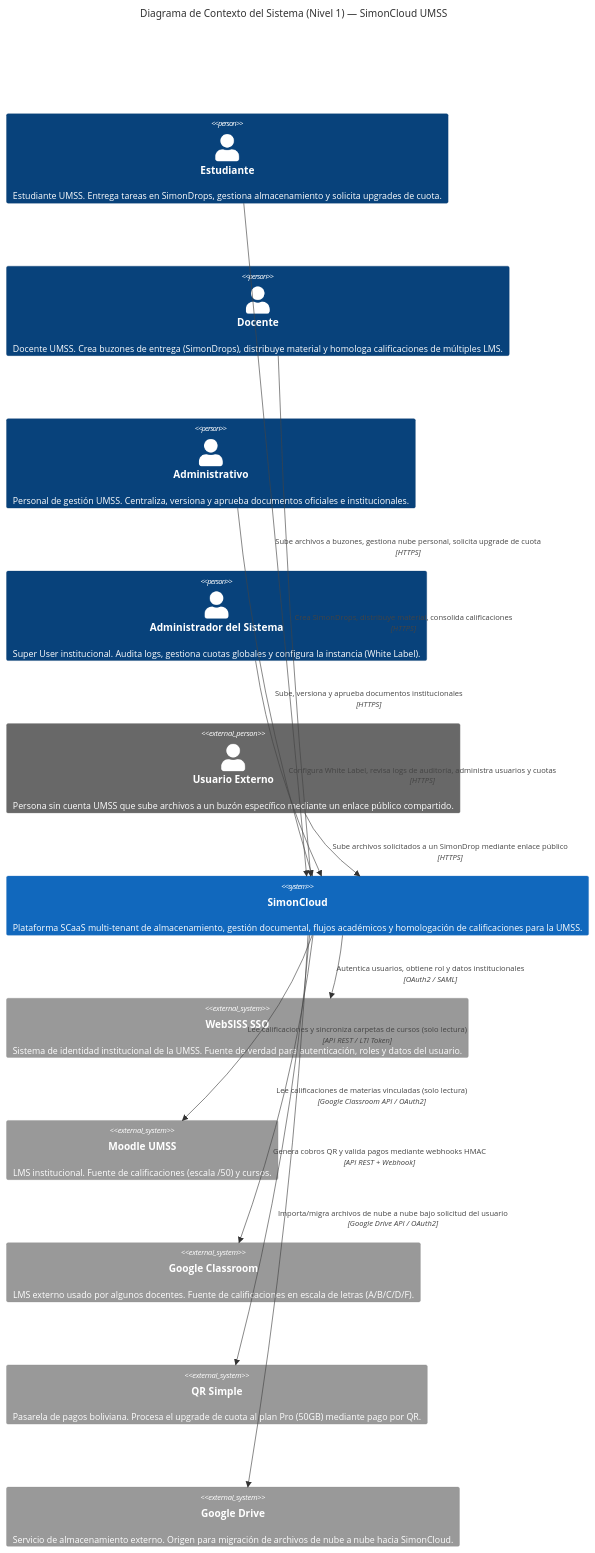
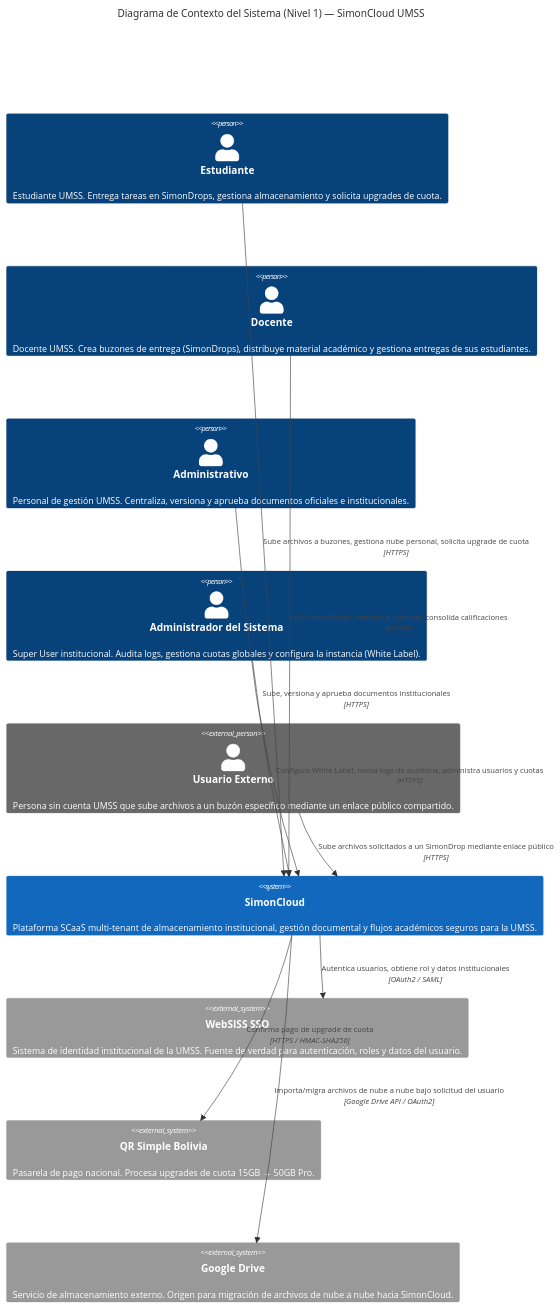
One commit to cgomez-mpsia/simoncloud-m3 changed the first of 9 diagrams in docs/DTI.md. Above: the diagram before and after it, drawn with Mermaid. The commit also changed other lines of this file and 10 other files, not shown here.

````diff
--- a/docs/DTI.md
+++ b/docs/DTI.md
@@ -42,30 +41,26 @@
 ```mermaid
 C4Context
 title Diagrama de Contexto del Sistema (Nivel 1) — SimonCloud UMSS
 
 Person(estudiante, "Estudiante", "Estudiante UMSS. Entrega tareas en SimonDrops, gestiona almacenamiento y solicita upgrades de cuota.")
-Person(docente, "Docente", "Docente UMSS. Crea buzones de entrega (SimonDrops), distribuye material y homologa calificaciones de múltiples LMS.")
+Person(docente, "Docente", "Docente UMSS. Crea buzones de entrega (SimonDrops), distribuye material académico y gestiona entregas de sus estudiantes.")
 Person(administrativo, "Administrativo", "Personal de gestión UMSS. Centraliza, versiona y aprueba documentos oficiales e institucionales.")
 Person(admin_sistema, "Administrador del Sistema", "Super User institucional. Audita logs, gestiona cuotas globales y configura la instancia (White Label).")
 Person_Ext(externo, "Usuario Externo", "Persona sin cuenta UMSS que sube archivos a un buzón específico mediante un enlace público compartido.")
 
-System(simoncloud, "SimonCloud", "Plataforma SCaaS multi-tenant de almacenamiento, gestión documental, flujos académicos y homologación de calificaciones para la UMSS.")
+System(simoncloud, "SimonCloud", "Plataforma SCaaS multi-tenant de almacenamiento institucional, gestión documental y flujos académicos seguros para la UMSS.")
 
 System_Ext(websiss, "WebSISS SSO", "Sistema de identidad institucional de la UMSS. Fuente de verdad para autenticación, roles y datos del usuario.")
-System_Ext(moodle, "Moodle UMSS", "LMS institucional. Fuente de calificaciones (escala /50) y cursos.")
-System_Ext(classroom, "Google Classroom", "LMS externo usado por algunos docentes. Fuente de calificaciones en escala de letras (A/B/C/D/F).")
-System_Ext(qr_simple, "QR Simple", "Pasarela de pagos boliviana. Procesa el upgrade de cuota al plan Pro (50GB) mediante pago por QR.")
+System_Ext(qrsimple, "QR Simple Bolivia", "Pasarela de pago nacional. Procesa upgrades de cuota 15GB → 50GB Pro.")
 System_Ext(google_drive, "Google Drive", "Servicio de almacenamiento externo. Origen para migración de archivos de nube a nube hacia SimonCloud.")
 
 Rel(estudiante, simoncloud, "Sube archivos a buzones, gestiona nube personal, solicita upgrade de cuota", "HTTPS")
 Rel(docente, simoncloud, "Crea SimonDrops, distribuye material, consolida calificaciones", "HTTPS")
 Rel(administrativo, simoncloud, "Sube, versiona y aprueba documentos institucionales", "HTTPS")
 Rel(admin_sistema, simoncloud, "Configura White Label, revisa logs de auditoría, administra usuarios y cuotas", "HTTPS")
 Rel(externo, simoncloud, "Sube archivos solicitados a un SimonDrop mediante enlace público", "HTTPS")
 
 Rel(simoncloud, websiss, "Autentica usuarios, obtiene rol y datos institucionales", "OAuth2 / SAML")
-Rel(simoncloud, moodle, "Lee calificaciones y sincroniza carpetas de cursos (solo lectura)", "API REST / LTI Token")
-Rel(simoncloud, classroom, "Lee calificaciones de materias vinculadas (solo lectura)", "Google Classroom API / OAuth2")
-Rel(simoncloud, qr_simple, "Genera cobros QR y valida pagos mediante webhooks HMAC", "API REST + Webhook")
+Rel(simoncloud, qrsimple, "Confirma pago de upgrade de cuota", "HTTPS / HMAC-SHA256")
 Rel(simoncloud, google_drive, "Importa/migra archivos de nube a nube bajo solicitud del usuario", "Google Drive API / OAuth2")
 ```
````
